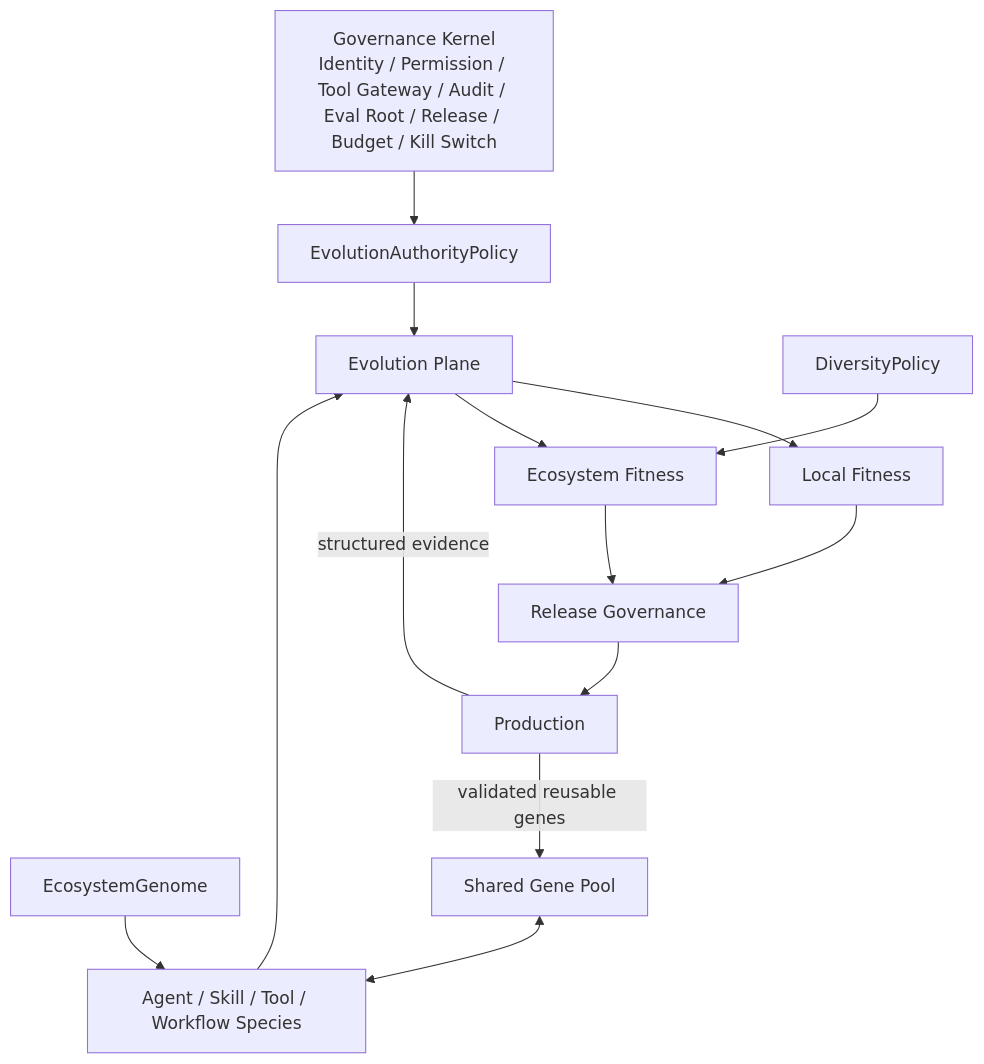
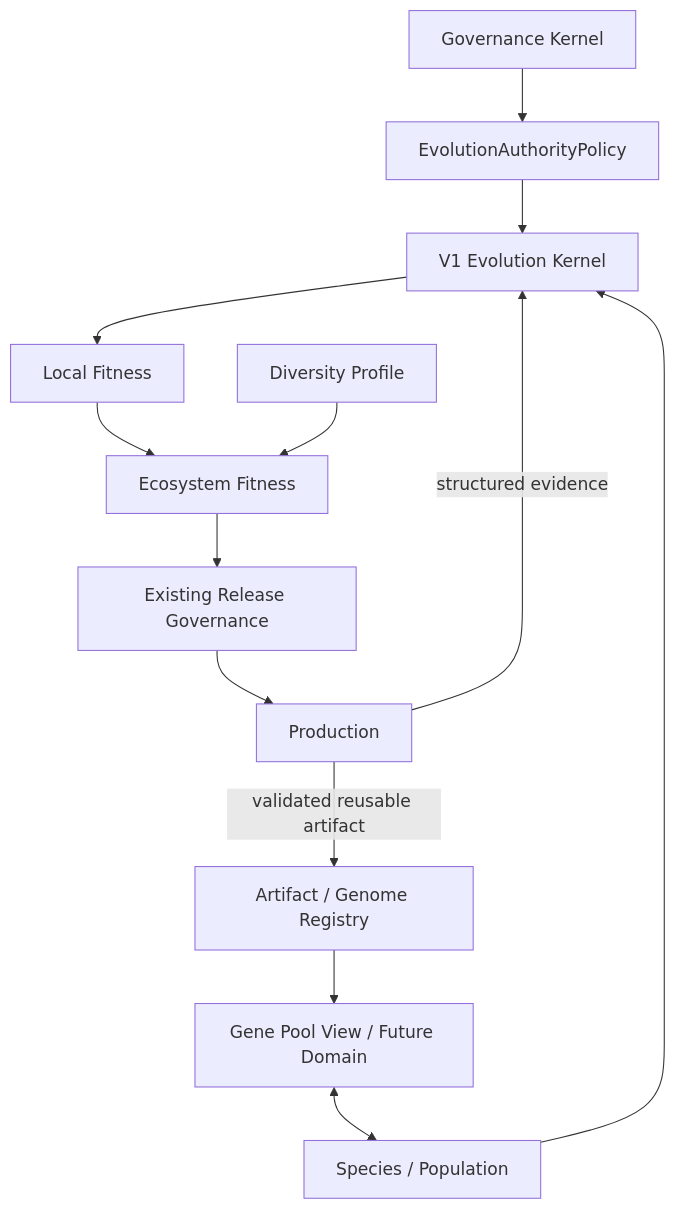
One commit to chun001-stac/Agent-UEAF changed the diagram in docs/03-参考架构/06-生态共同进化与基因池.md. Above: the diagram before and after it, drawn with Mermaid. The commit also changed other lines of this file, not shown here.

Commit message:
docs: mark ecosystem reference architecture as V2 future

````diff
--- a/docs/03-参考架构/06-生态共同进化与基因池.md
+++ b/docs/03-参考架构/06-生态共同进化与基因池.md
@@ -9,28 +15,25 @@
 ```mermaid
 flowchart TB
-    GK["Governance Kernel\nIdentity / Permission / Tool Gateway / Audit / Eval Root / Release / Budget / Kill Switch"]
+    GK["Governance Kernel"]
     EA["EvolutionAuthorityPolicy"]
-    EG["EcosystemGenome"]
-    GP["Shared Gene Pool"]
-    ES["Agent / Skill / Tool / Workflow Species"]
-    EV["Evolution Plane"]
-    LE["Local Fitness"]
-    EE["Ecosystem Fitness"]
-    DP["DiversityPolicy"]
-    RG["Release Governance"]
+    REG["Artifact / Genome Registry"]
+    GP["Gene Pool View / Future Domain"]
+    SP["Species / Population"]
+    EV["V1 Evolution Kernel"]
+    LF["Local Fitness"]
+    EF["Ecosystem Fitness"]
+    DP["Diversity Profile"]
+    RG["Existing Release Governance"]
     PR["Production"]
 
-    GK --> EA
-    EA --> EV
-    EG --> ES
-    GP <--> ES
-    ES --> EV
-    EV --> LE
-    EV --> EE
-    DP --> EE
-    LE --> RG
-    EE --> RG
-    RG --> PR
+    GK --> EA --> EV
+    REG --> GP
+    GP <--> SP
+    SP --> EV
+    EV --> LF
+    LF --> EF
+    DP --> EF
+    EF --> RG --> PR
     PR -->|"structured evidence"| EV
-    PR -->|"validated reusable genes"| GP
+    PR -->|"validated reusable artifact"| REG
 ```
````
